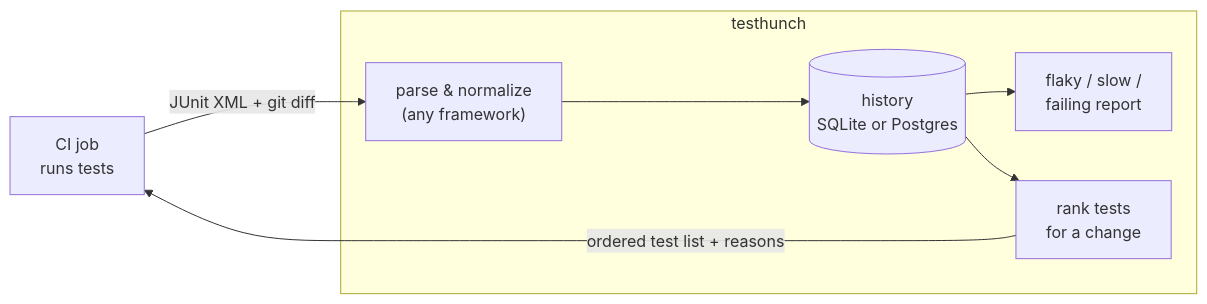
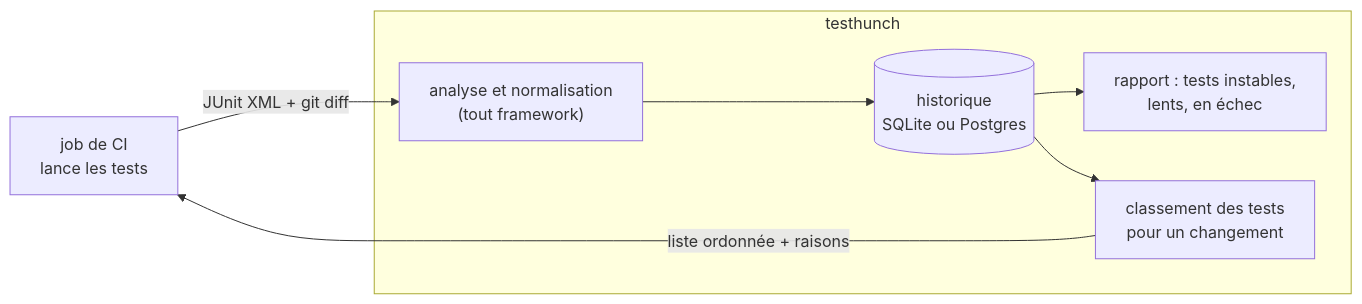
One commit to amazing-source/testhunch changed the diagram in README.md. Above: the diagram before and after it, drawn with Mermaid. The commit also changed other lines of this file and 1 other file, not shown here.

````diff
--- a/README.md
+++ b/README.md
@@ -39,10 +45,10 @@
 ```mermaid
 flowchart LR
-    CI["CI job<br/>runs tests"] -->|JUnit XML + git diff| Ingest
+    CI["job de CI<br/>lance les tests"] -->|JUnit XML + git diff| Ingest
     subgraph testhunch
-        Ingest["parse &amp; normalize<br/>(any framework)"] --> Store[("history<br/>SQLite or Postgres")]
-        Store --> Report["flaky / slow /<br/>failing report"]
-        Store --> Rank["rank tests<br/>for a change"]
+        Ingest["analyse et normalisation<br/>(tout framework)"] --> Store[("historique<br/>SQLite ou Postgres")]
+        Store --> Report["rapport : tests instables,<br/>lents, en échec"]
+        Store --> Rank["classement des tests<br/>pour un changement"]
     end
-    Rank -->|ordered test list + reasons| CI
+    Rank -->|liste ordonnée + raisons| CI
 ```
````
